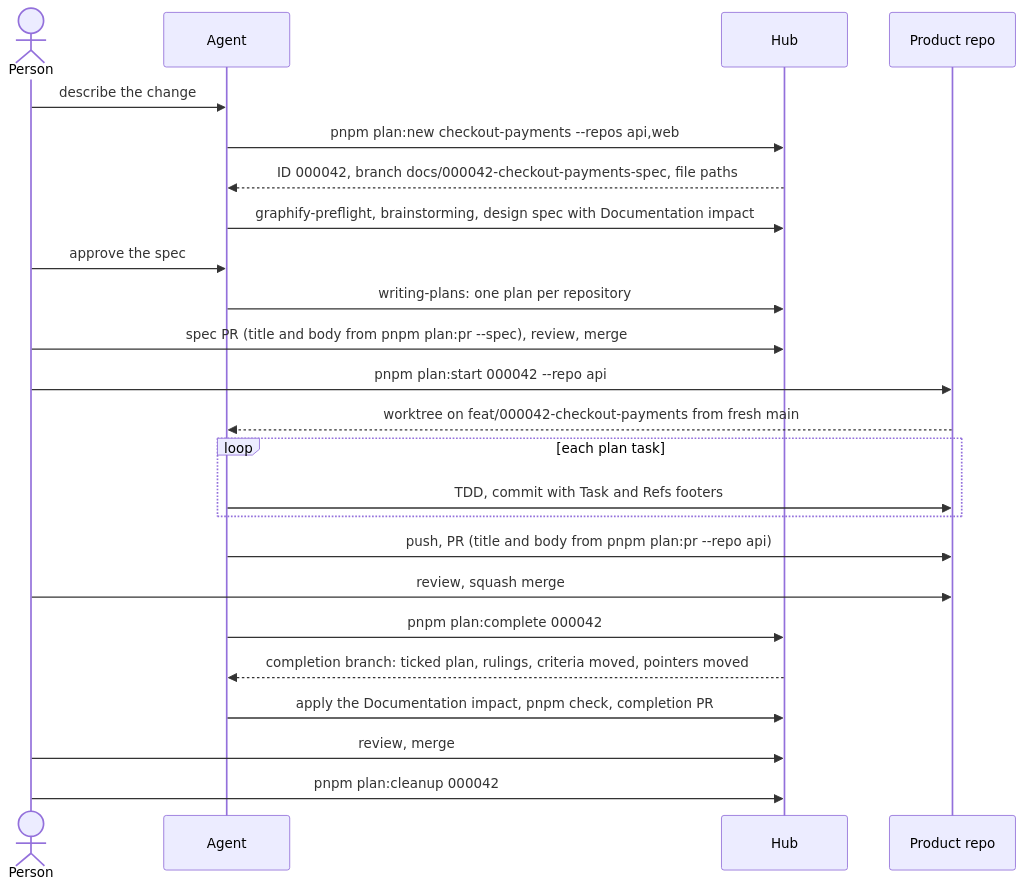
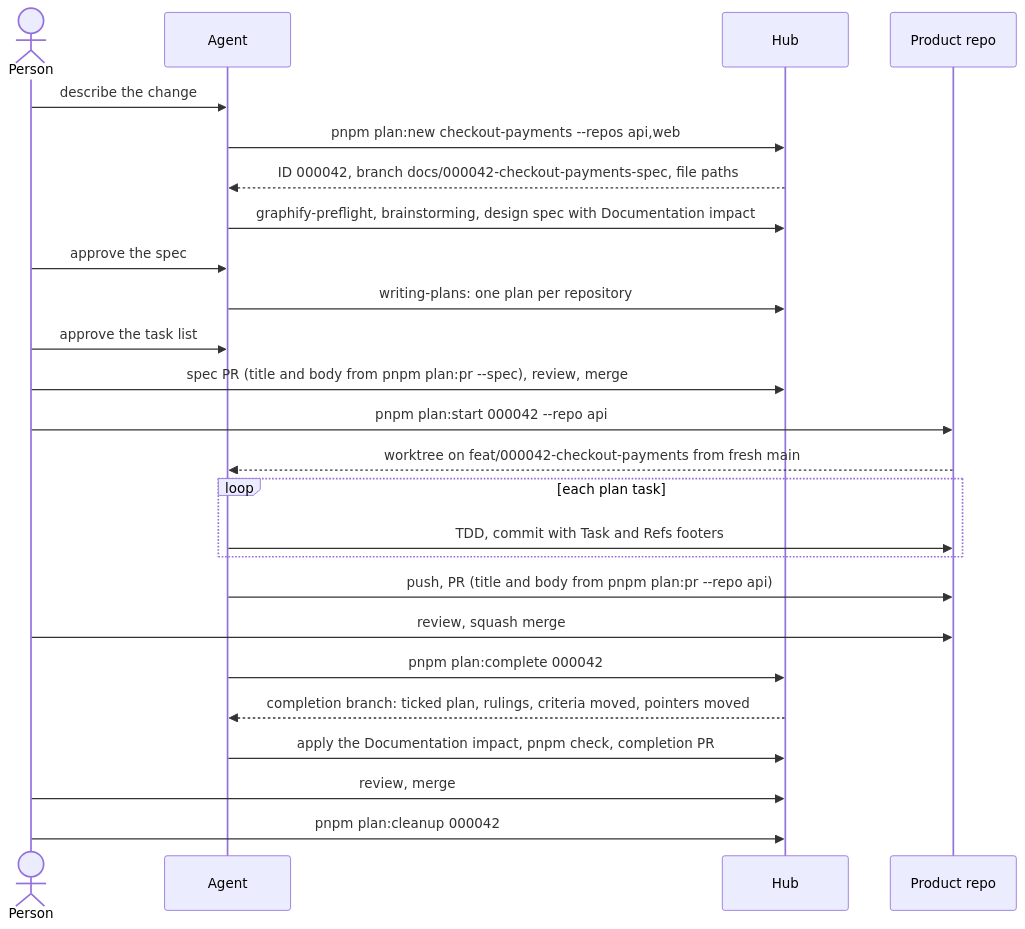
One commit to omglikeomg/sdd-lite changed the second of 4 diagrams in docs/WORKFLOW.md. Above: the diagram before and after it, drawn with Mermaid. The commit also changed other lines of this file and 13 other files, not shown here.

First line of the commit message:
feat: tracer-bullet plan tasks and task-list approval (#9)

````diff
--- a/docs/WORKFLOW.md
+++ b/docs/WORKFLOW.md
@@ -138,26 +138,27 @@
 ```mermaid
 sequenceDiagram
   actor P as Person
   participant A as Agent
   participant H as Hub
   participant R as Product repo
   P->>A: describe the change
   A->>H: pnpm plan:new checkout-payments --repos api,web
   H-->>A: ID 000042, branch docs/000042-checkout-payments-spec, file paths
   A->>H: graphify-preflight, brainstorming, design spec with Documentation impact
   P->>A: approve the spec
   A->>H: writing-plans: one plan per repository
+  P->>A: approve the task list
   P->>H: spec PR (title and body from pnpm plan:pr --spec), review, merge
   P->>R: pnpm plan:start 000042 --repo api
   R-->>A: worktree on feat/000042-checkout-payments from fresh main
   loop each plan task
     A->>R: TDD, commit with Task and Refs footers
   end
   A->>R: push, PR (title and body from pnpm plan:pr --repo api)
   P->>R: review, squash merge
   A->>H: pnpm plan:complete 000042
   H-->>A: completion branch: ticked plan, rulings, criteria moved, pointers moved
   A->>H: apply the Documentation impact, pnpm check, completion PR
   P->>H: review, merge
   P->>H: pnpm plan:cleanup 000042
 ```
````
